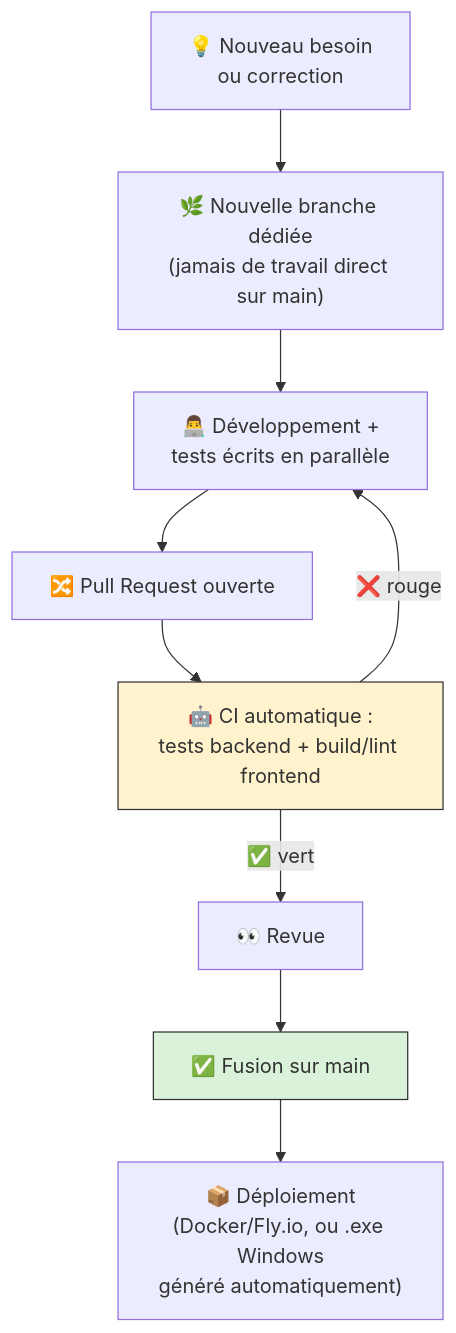
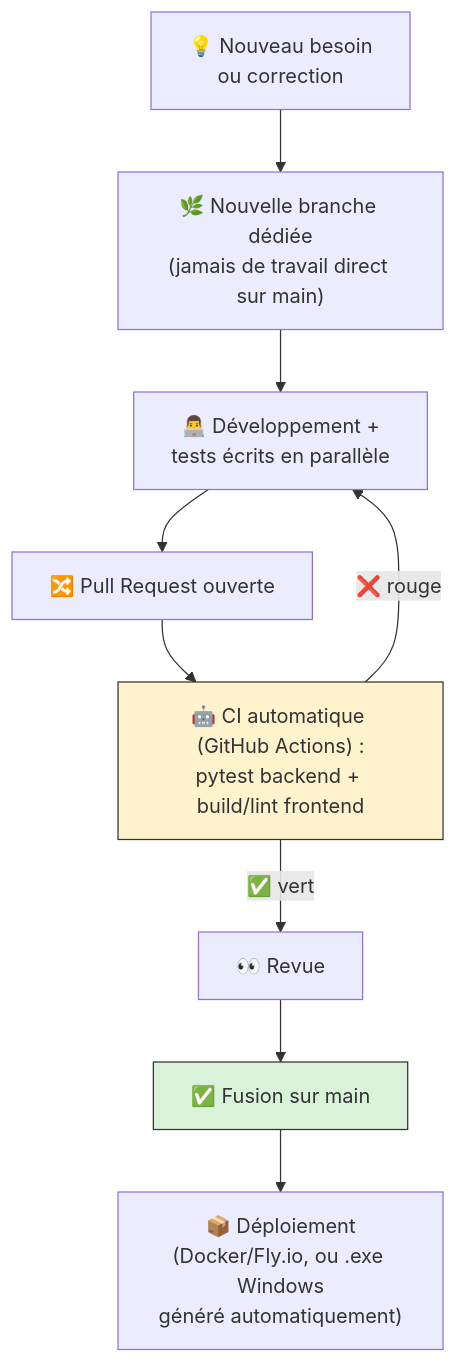
The tenth of 10 diagrams in docs/presentation/01_DIAGRAMMES_MERMAID.md (louisclzzzzzzz/AOP-app-v2), drawn with Mermaid before and after one commit. The commit also changed other lines of this file, not shown here.

First line of the commit message:
Rend les diagrammes Mermaid un peu plus techniques

````diff
--- a/docs/presentation/01_DIAGRAMMES_MERMAID.md
+++ b/docs/presentation/01_DIAGRAMMES_MERMAID.md
@@ -174,14 +189,14 @@
 ```mermaid
 flowchart TD
     NEED["💡 Nouveau besoin<br/>ou correction"] --> BRANCH["🌿 Nouvelle branche dédiée<br/>(jamais de travail direct sur main)"]
     BRANCH --> DEV["👨‍💻 Développement +<br/>tests écrits en parallèle"]
     DEV --> PR["🔀 Pull Request ouverte"]
-    PR --> CI["🤖 CI automatique :<br/>tests backend + build/lint frontend"]
+    PR --> CI["🤖 CI automatique (GitHub Actions) :<br/>pytest backend + build/lint frontend"]
     CI -->|✅ vert| REVIEW["👀 Revue"]
     CI -->|❌ rouge| DEV
     REVIEW --> MERGE["✅ Fusion sur main"]
     MERGE --> DEPLOY["📦 Déploiement<br/>(Docker/Fly.io, ou .exe Windows<br/>généré automatiquement)"]
 
     style CI fill:#fff3cd,stroke:#333
     style MERGE fill:#d9f2d9,stroke:#333
 ```
````
